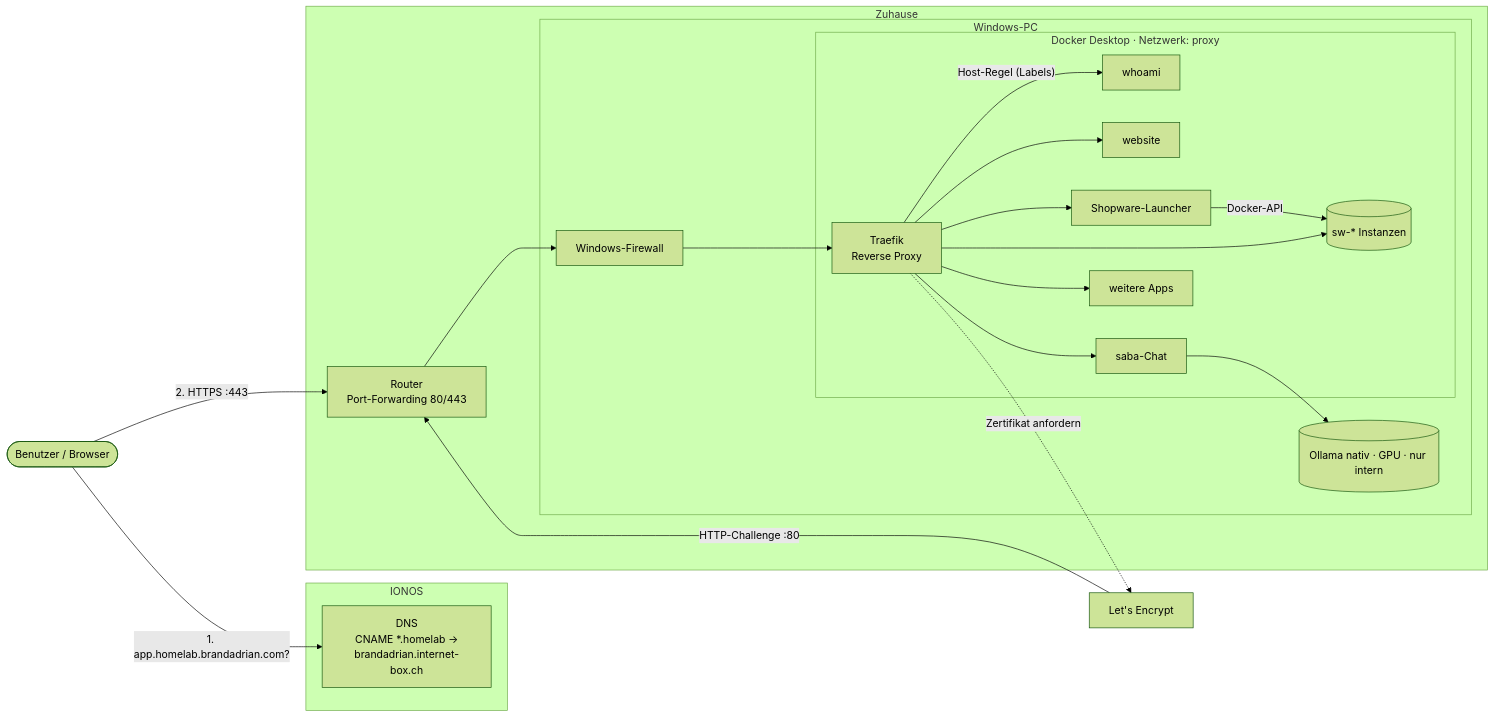
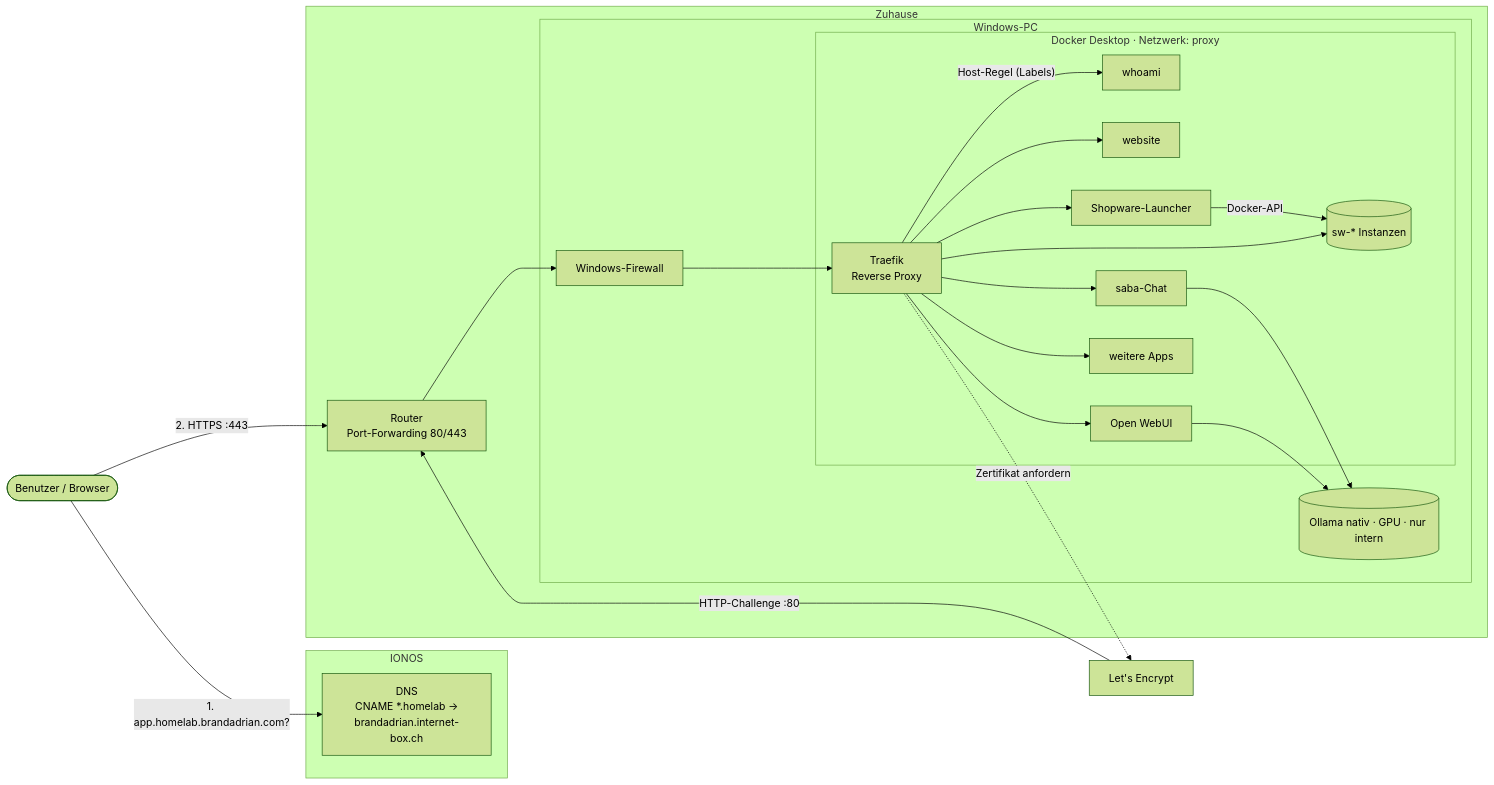
The diagram in README.md (brandadrian/oryn-gateway), drawn with Mermaid (forest theme) before and after one commit. The commit also changed other lines of this file and 4 other files, not shown here.

````diff
--- a/README.md
+++ b/README.md
@@ -15,40 +15,43 @@
 ```mermaid
 flowchart LR
     user([Benutzer / Browser])
     le[Let's Encrypt]
 
     subgraph ionos[IONOS]
         dns["DNS<br/>CNAME *.homelab →<br/>brandadrian.internet-box.ch"]
     end
 
     subgraph home[Zuhause]
         router["Router<br/>Port-Forwarding 80/443"]
         subgraph pc[Windows-PC]
             fw[Windows-Firewall]
             ollama[(Ollama nativ · GPU · nur intern)]
             subgraph docker["Docker Desktop · Netzwerk: proxy"]
                 traefik[Traefik<br/>Reverse Proxy]
                 whoami[whoami]
                 website[website]
                 saba[saba-Chat]
+                owui[Open WebUI]
                 swl[Shopware-Launcher]
                 sw[(sw-* Instanzen)]
                 app[weitere Apps]
             end
         end
     end
 
     user -- "1. app.homelab.brandadrian.com?" --> dns
     user -- "2. HTTPS :443" --> router
     router --> fw --> traefik
     traefik -- "Host-Regel (Labels)" --> whoami
     traefik --> website
     traefik --> saba
     saba --> ollama
+    traefik --> owui
+    owui --> ollama
     traefik --> swl
     swl -- "Docker-API" --> sw
     traefik --> sw
     traefik --> app
     le -- "HTTP-Challenge :80" --> router
     traefik -. "Zertifikat anfordern" .-> le
 ```
````
